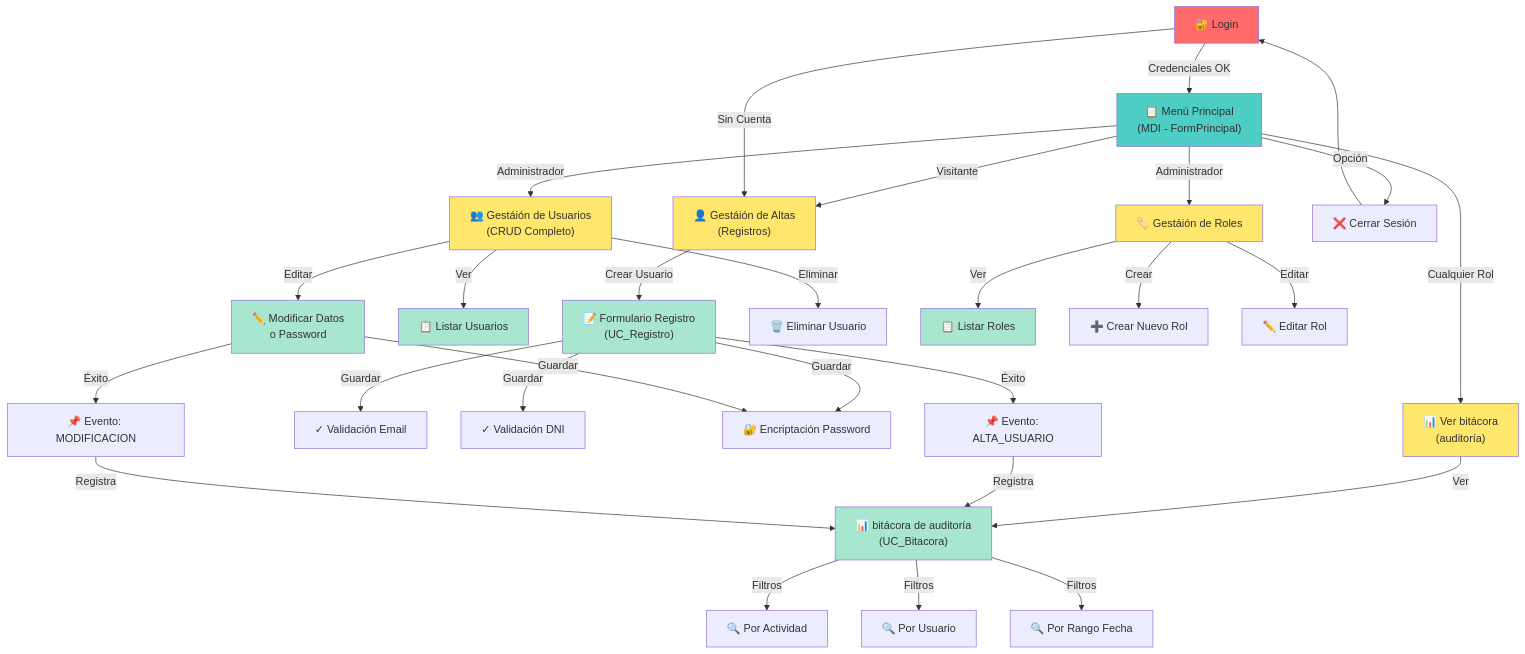
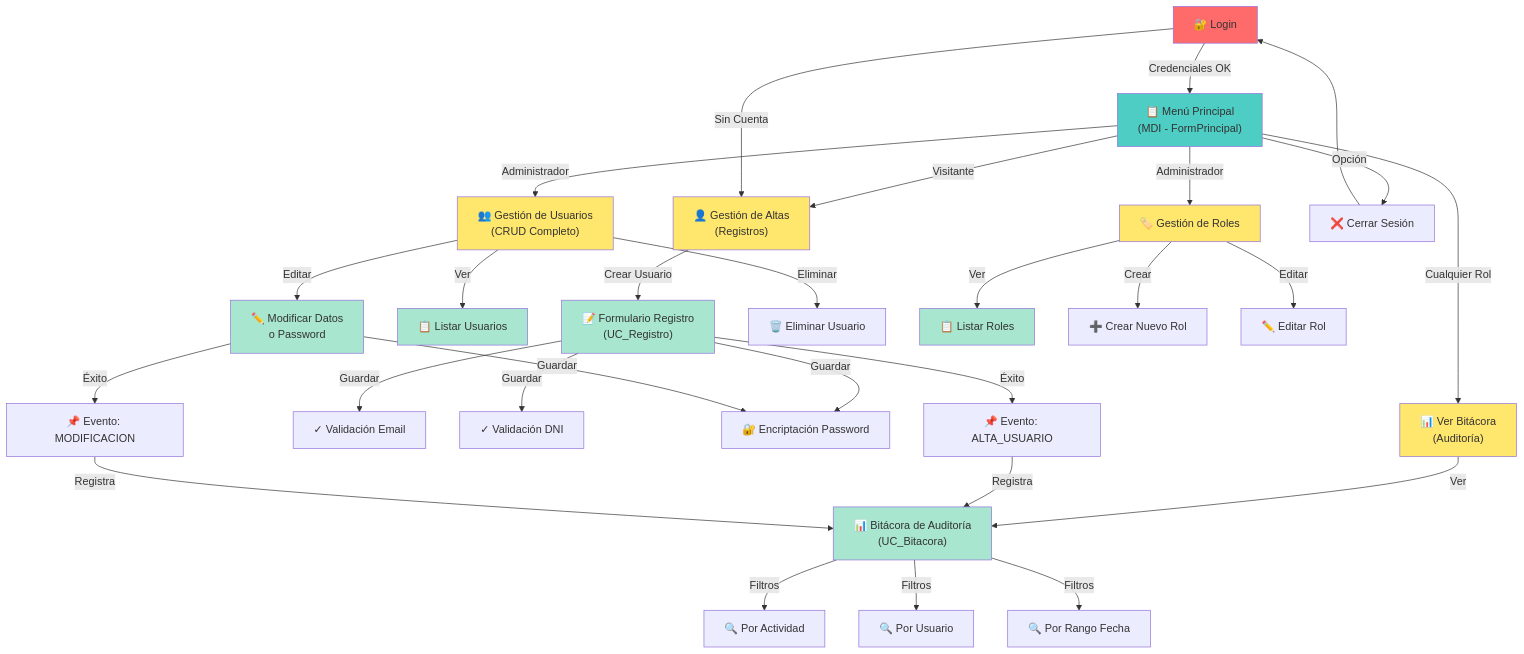
Before and after one commit to condenl/Trabajo-Practico-Final: the fifth of 14 diagrams in Documentacion/Carpeta_Documentacion.md, drawn with Mermaid. The commit also changed other lines of this file and 32 other files, not shown here.

````diff
--- a/Documentacion/Carpeta_Documentacion.md
+++ b/Documentacion/Carpeta_Documentacion.md
@@ -873,53 +873,53 @@
 ```mermaid
 graph TD
     Login["🔐 Login"]
     MenuPrincipal["📋 Menú Principal<br/>(MDI - FormPrincipal)"]
 
-    MenuPrincipal -->|Visitante| GestáAlt["👤 Gestáión de Altas<br/>(Registros)"]
-    MenuPrincipal -->|Administrador| GestáUsu["👥 Gestáión de Usuarios<br/>(CRUD Completo)"]
-    MenuPrincipal -->|Administrador| GestáRol["🏷️ Gestáión de Roles"]
-    MenuPrincipal -->|Cualquier Rol| VerBit["📊 Ver bitácora<br/>(auditoría)"]
+    MenuPrincipal -->|Visitante| GestáAlt["👤 Gestión de Altas<br/>(Registros)"]
+    MenuPrincipal -->|Administrador| GestáUsu["👥 Gestión de Usuarios<br/>(CRUD Completo)"]
+    MenuPrincipal -->|Administrador| GestáRol["🏷️ Gestión de Roles"]
+    MenuPrincipal -->|Cualquier Rol| VerBit["📊 Ver Bitácora<br/>(Auditoría)"]
 
     Login -->|Credenciales OK| MenuPrincipal
     Login -->|Sin Cuenta| GestáAlt
 
     GestáAlt -->|Crear Usuario| Registro["📝 Formulario Registro<br/>(UC_Registro)"]
     Registro -->|Guardar| ValidEmail["✓ Validación Email"]
     Registro -->|Guardar| ValidDNI["✓ Validación DNI"]
     Registro -->|Guardar| HashPass["🔐 Encriptación Password"]
-    Registro -->|Éxito| bitácoraEvent1["📌 Evento: ALTA_USUARIO"]
+    Registro -->|Éxito| BitácoraEvent1["📌 Evento: ALTA_USUARIO"]
 
     GestáUsu -->|Ver| ListaUsuarios["📋 Listar Usuarios"]
     GestáUsu -->|Editar| ModUser["✏️ Modificar Datos<br/>o Password"]
     GestáUsu -->|Eliminar| DelUser["🗑️ Eliminar Usuario"]
 
     ModUser -->|Guardar| HashPass
-    ModUser -->|Éxito| bitácoraEvent2["📌 Evento: MODIFICACION"]
+    ModUser -->|Éxito| BitácoraEvent2["📌 Evento: MODIFICACION"]
 
     GestáRol -->|Ver| ListaRoles["📋 Listar Roles"]
     GestáRol -->|Crear| CrearRol["➕ Crear Nuevo Rol"]
     GestáRol -->|Editar| ModRol["✏️ Editar Rol"]
 
-    VerBit -->|Ver| Listabitácora["📊 bitácora de auditoría<br/>(UC_Bitacora)"]
-    Listabitácora -->|Filtros| FiltroActividad["🔍 Por Actividad"]
-    Listabitácora -->|Filtros| FiltroUsuario["🔍 Por Usuario"]
-    Listabitácora -->|Filtros| FiltroFecha["🔍 Por Rango Fecha"]
+    VerBit -->|Ver| ListaBitácora["📊 Bitácora de Auditoría<br/>(UC_Bitacora)"]
+    ListaBitácora -->|Filtros| FiltroActividad["🔍 Por Actividad"]
+    ListaBitácora -->|Filtros| FiltroUsuario["🔍 Por Usuario"]
+    ListaBitácora -->|Filtros| FiltroFecha["🔍 Por Rango Fecha"]
 
-    bitácoraEvent1 -->|Registra| Listabitácora
-    bitácoraEvent2 -->|Registra| Listabitácora
+    BitácoraEvent1 -->|Registra| ListaBitácora
+    BitácoraEvent2 -->|Registra| ListaBitácora
 
     MenuPrincipal -->|Opción| Salir["❌ Cerrar Sesión"]
     Salir --> Login
 
     style Login fill:#FF6B6B
     style MenuPrincipal fill:#4ECDC4
     style GestáAlt fill:#FFE66D
     style GestáUsu fill:#FFE66D
     style GestáRol fill:#FFE66D
     style VerBit fill:#FFE66D
     style Registro fill:#A8E6CF
     style ListaUsuarios fill:#A8E6CF
     style ModUser fill:#A8E6CF
     style ListaRoles fill:#A8E6CF
-    style Listabitácora fill:#A8E6CF
+    style ListaBitácora fill:#A8E6CF
 ```
````
